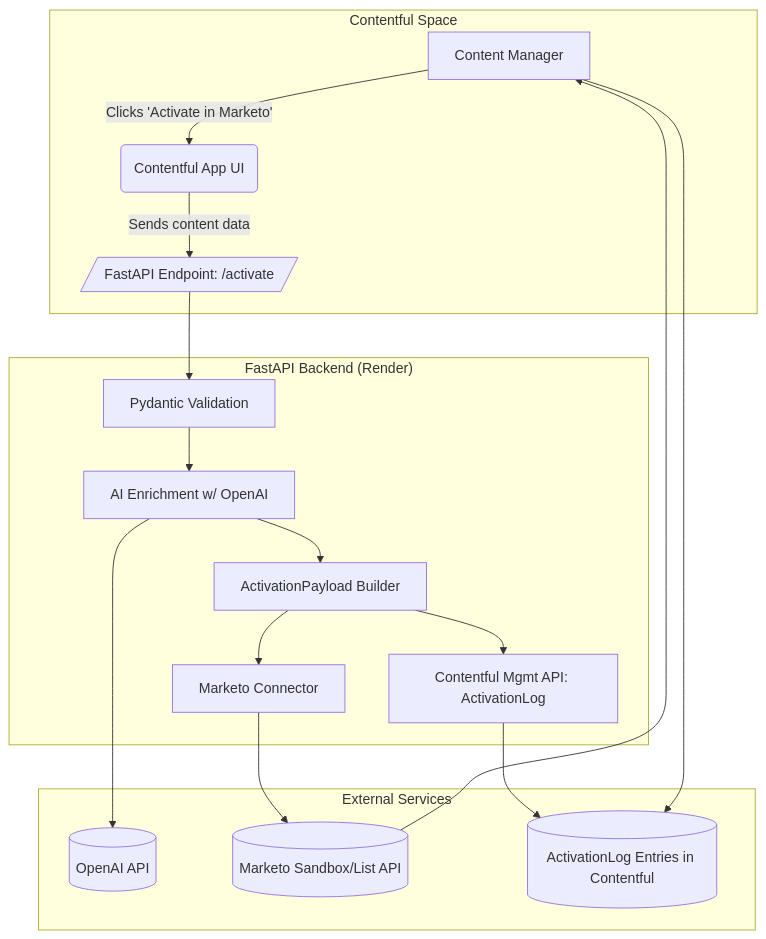
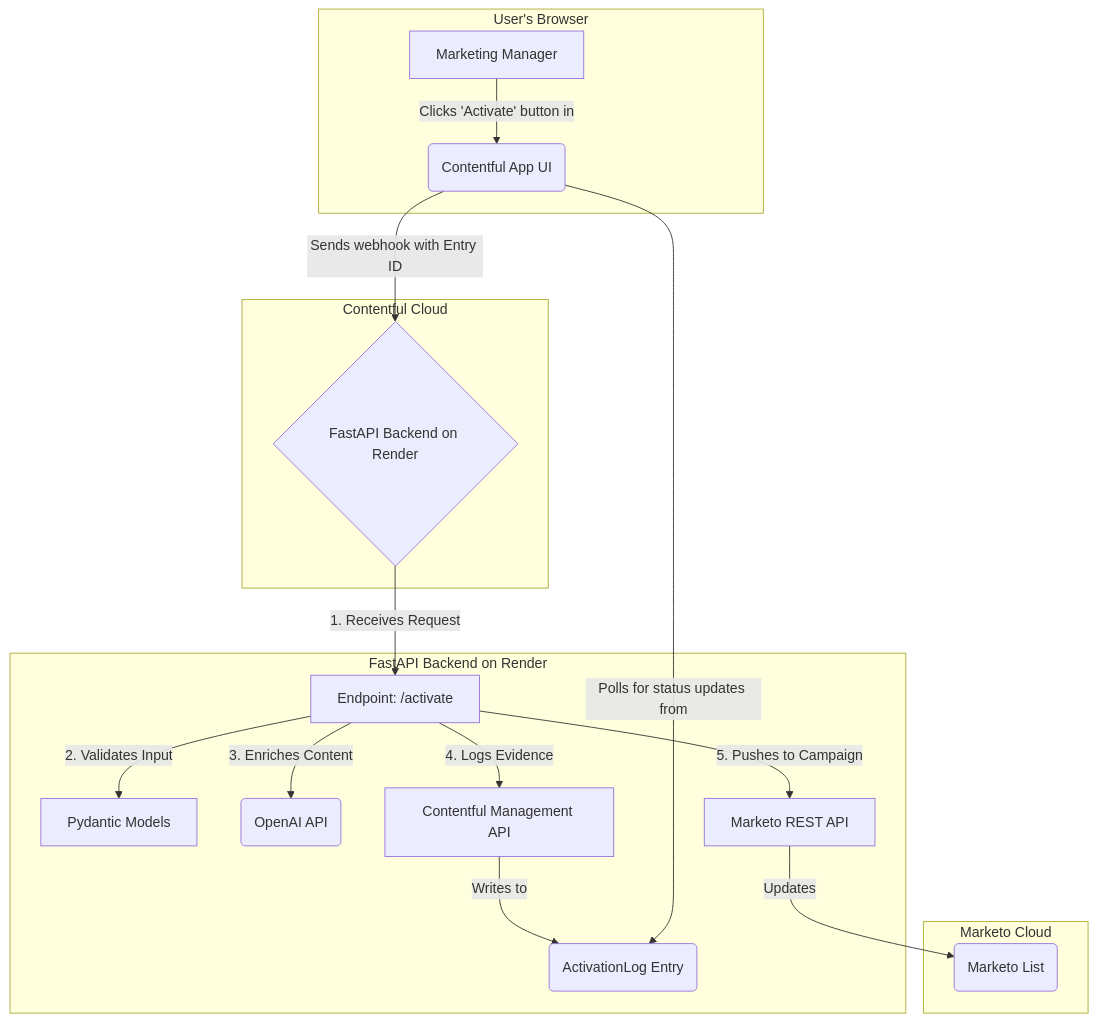
The diagram in README.md (adambalm/contentful-marketo-ai-bridge), drawn with Mermaid before and after one commit. The commit also changed other lines of this file, not shown here.

First line of the commit message:
docs: update README with master architecture and governance content

````diff
--- a/README.md
+++ b/README.md
@@ -11,21 +45,25 @@
 ```mermaid
 graph TD
-    subgraph "Contentful Space"
-        A[Content Manager] -- Clicks 'Activate in Marketo' --> B(Contentful App UI)
-        B -- Sends content data --> C[/FastAPI Endpoint: /activate/]
+    subgraph "User's Browser"
+        A[Marketing Manager] -- Clicks 'Activate' button in --> B(Contentful App UI);
     end
-    subgraph "FastAPI Backend (Render)"
-        C --> D[Pydantic Validation]
-        D --> E[AI Enrichment w/ OpenAI]
-        E --> F[ActivationPayload Builder]
-        F --> G[Marketo Connector]
-        F --> H[Contentful Mgmt API: ActivationLog]
+
+    subgraph "Contentful Cloud"
+        B -- Sends webhook with Entry ID --> C{FastAPI Backend on Render};
     end
-    subgraph "External Services"
-        E --> I[(OpenAI API)]
-        G --> J[(Marketo Sandbox/List API)]
-        H --> K[(ActivationLog Entries in Contentful)]
+
+    subgraph "FastAPI Backend on Render"
+        C -- 1. Receives Request --> D[Endpoint: /activate];
+        D -- 2. Validates Input --> E[Pydantic Models];
+        D -- 3. Enriches Content --> F(OpenAI API);
+        D -- 4. Logs Evidence --> G[Contentful Management API];
+        G -- Writes to --> H(ActivationLog Entry);
+        D -- 5. Pushes to Campaign --> I[Marketo REST API];
     end
-    A --> K
-    J --> A
+
+    subgraph "Marketo Cloud"
+        I -- Updates --> J(Marketo List);
+    end
+
+    B -- Polls for status updates from --> H;
 ```
````
